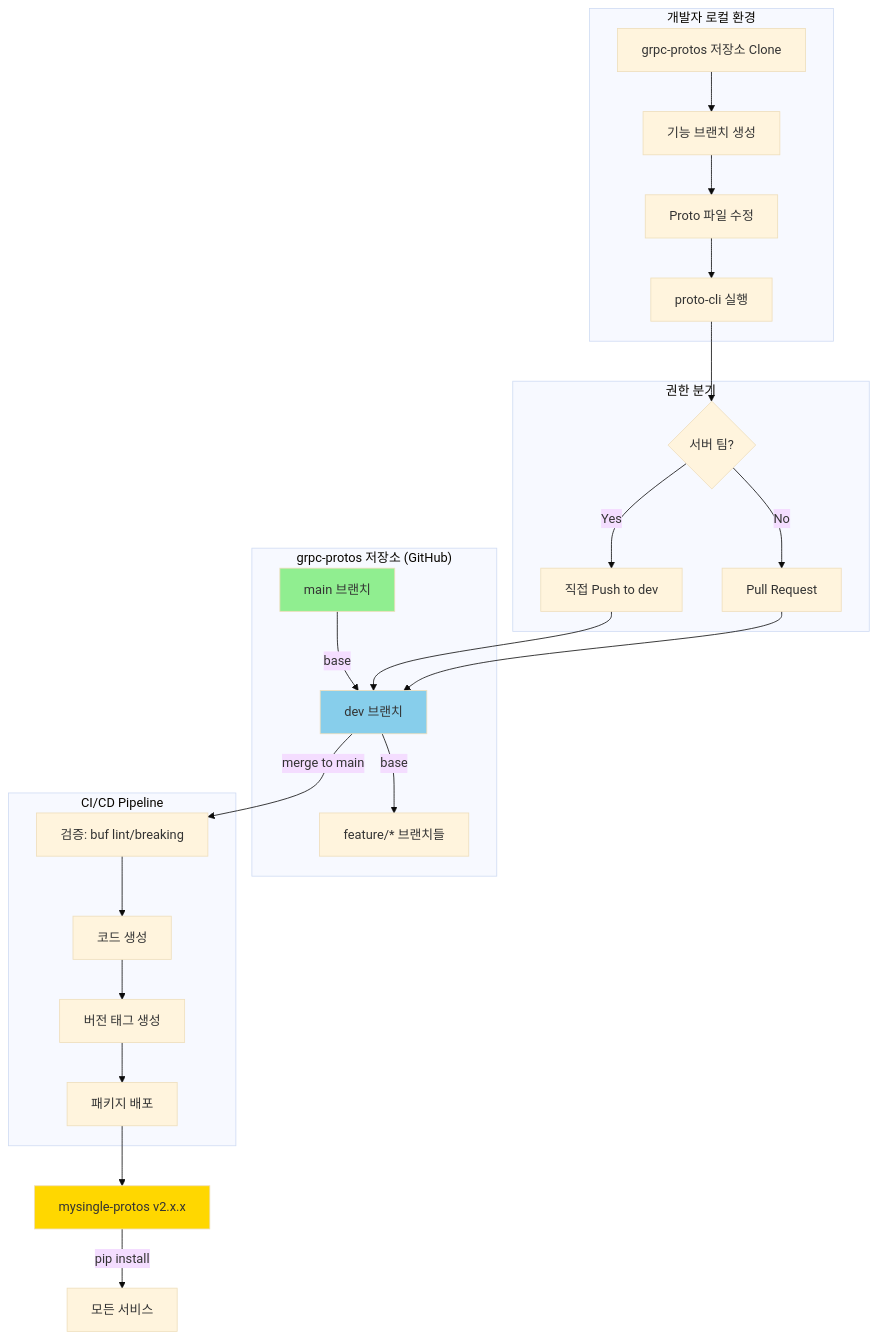
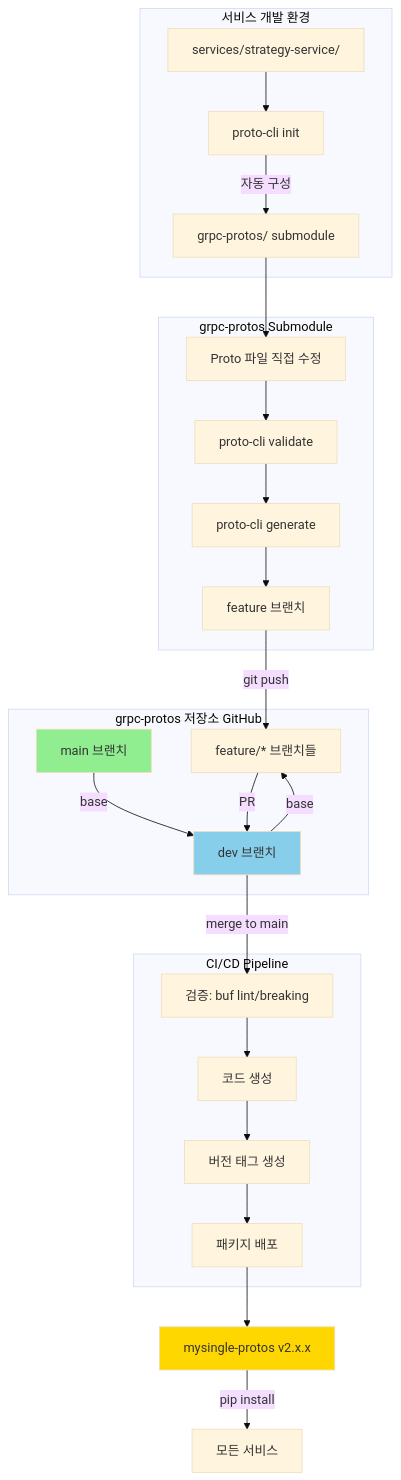
Before and after one commit to Br0therDan/grpc-protos: the first of 12 diagrams in docs/COLLABORATIVE_WORKFLOW_DESIGN.md, drawn with Mermaid (base theme). The commit also changed other lines of this file and 10 other files, not shown here.

First line of the commit message:
feat: remove deprecated proto_orchestrator.py and enhance CLI tools

````diff
--- a/docs/COLLABORATIVE_WORKFLOW_DESIGN.md
+++ b/docs/COLLABORATIVE_WORKFLOW_DESIGN.md
@@ -70,54 +32,54 @@
 ```mermaid
 graph TB
-    subgraph "개발자 로컬 환경"
-        CLONE[grpc-protos 저장소 Clone]
-        BRANCH[기능 브랜치 생성]
-        EDIT[Proto 파일 수정]
-        CLI[proto-cli 실행]
+    subgraph SERVICE ["서비스 개발 환경"]
+        SERVICE_DIR[services/strategy-service/]
+        SUBMOD[grpc-protos/ submodule]
+        INIT[proto-cli init]
+        
+        SERVICE_DIR --> INIT
+        INIT -->|자동 구성| SUBMOD
     end
     
-    subgraph "grpc-protos 저장소 (GitHub)"
+    subgraph SUBMOD_WORK ["grpc-protos Submodule"]
+        EDIT[Proto 파일 직접 수정]
+        VALIDATE[proto-cli validate]
+        GENERATE[proto-cli generate]
+        BRANCH[feature 브랜치]
+        
+        EDIT --> VALIDATE
+        VALIDATE --> GENERATE
+        GENERATE --> BRANCH
+    end
+    
+    subgraph GITHUB ["grpc-protos 저장소 GitHub"]
         MAIN[main 브랜치]
         DEV[dev 브랜치]
         FEAT[feature/* 브랜치들]
         
         MAIN -->|base| DEV
         DEV -->|base| FEAT
     end
     
-    subgraph "권한 분기"
-        SERVER{서버 팀?}
-        DIRECT[직접 Push to dev]
-        PR[Pull Request]
-    end
-    
-    subgraph "CI/CD Pipeline"
-        VALIDATE[검증: buf lint/breaking]
-        GENERATE[코드 생성]
+    subgraph CICD ["CI/CD Pipeline"]
+        VALIDATE_CI[검증: buf lint/breaking]
+        GENERATE_CI[코드 생성]
         TAG[버전 태그 생성]
         PUBLISH[패키지 배포]
     end
     
-    CLONE --> BRANCH
-    BRANCH --> EDIT
-    EDIT --> CLI
-    CLI --> SERVER
+    SUBMOD --> EDIT
+    BRANCH -->|git push| FEAT
+    FEAT -->|PR| DEV
     
-    SERVER -->|Yes| DIRECT
-    SERVER -->|No| PR
-    
-    DIRECT --> DEV
-    PR --> DEV
-    
-    DEV -->|merge to main| VALIDATE
-    VALIDATE --> GENERATE
-    GENERATE --> TAG
+    DEV -->|merge to main| VALIDATE_CI
+    VALIDATE_CI --> GENERATE_CI
+    GENERATE_CI --> TAG
     TAG --> PUBLISH
     
     PUBLISH --> PKG["mysingle-protos v2.x.x"]
     PKG -->|pip install| SERVICES[모든 서비스]
     
     style MAIN fill:#90EE90
     style DEV fill:#87CEEB
     style PKG fill:#FFD700
 ```
````
